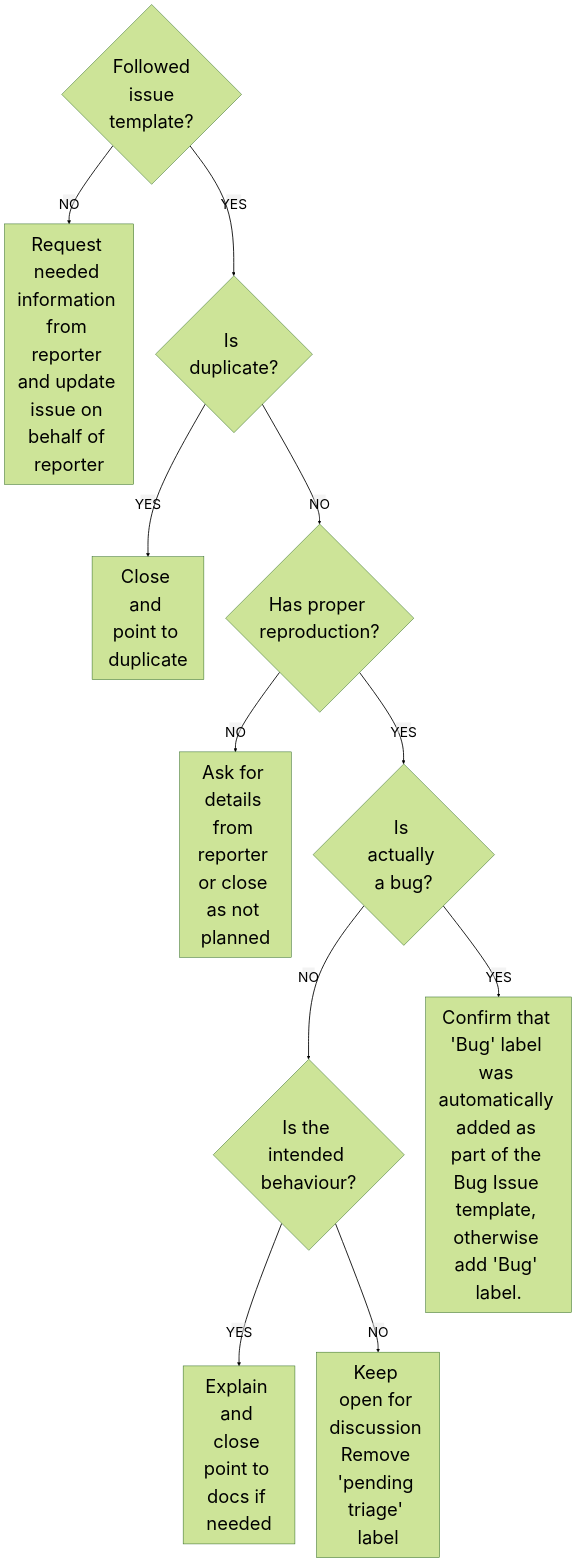
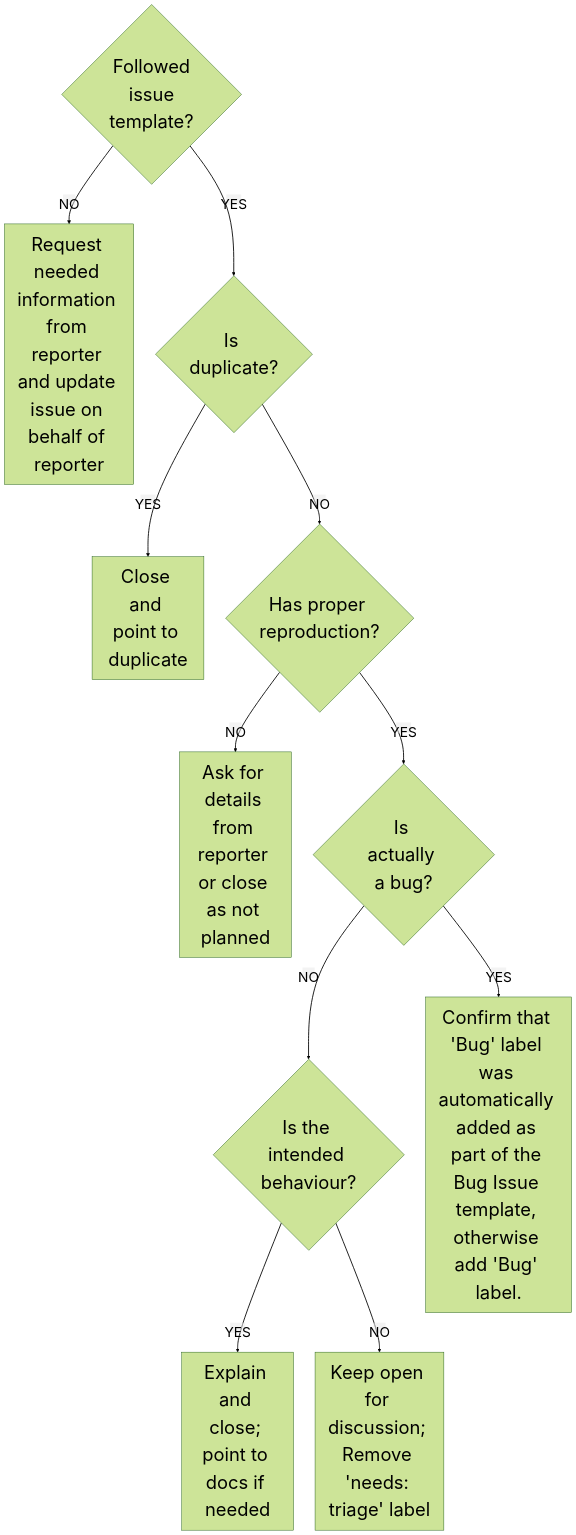
Before and after one commit to earthaccess-dev/earthaccess: the diagram in docs/contributor/triaging.md, drawn with Mermaid (forest theme). The commit also changed other lines of this file, not shown here.

````diff
--- a/docs/contributor/triaging.md
+++ b/docs/contributor/triaging.md
@@ -138,24 +147,24 @@
 ``` mermaid
 
 flowchart TD
   %%{init: {"flowchart": {"htmlLabels": false}} }%%
   classDef default font-size:32pt;
   start{"`Followed
   issue
   template?`"}
   start ==NO==> close1[Request needed information from reporter and update issue on behalf of reporter]
   start == YES ==> dupe{Is duplicate?}
   dupe == YES ==> close2[Close and point to duplicate]
   dupe == NO ==> repro{Has proper reproduction?}
   repro == NO ==> close3[Ask for details from reporter or close as not planned]
   repro == YES ==> real{Is actually a bug?}
   real == NO ==> intended{Is the intended behaviour?}
-  intended == YES ==> explain[Explain and close point to docs if needed]
-  intended == NO ==> open[Keep open for discussion Remove 'pending triage' label]
+  intended == YES ==> explain[Explain and close; point to docs if needed]
+  intended == NO ==> open[Keep open for discussion; Remove 'needs: triage' label]
   real == YES ==> real2["Confirm that 'Bug' label was automatically added as part of the Bug Issue template, otherwise add 'Bug' label."]
 
 
   %% Link Color %%
     linkStyle default stroke:black,stroke-width:2px,font-size:24pt;
 
 ```
````
